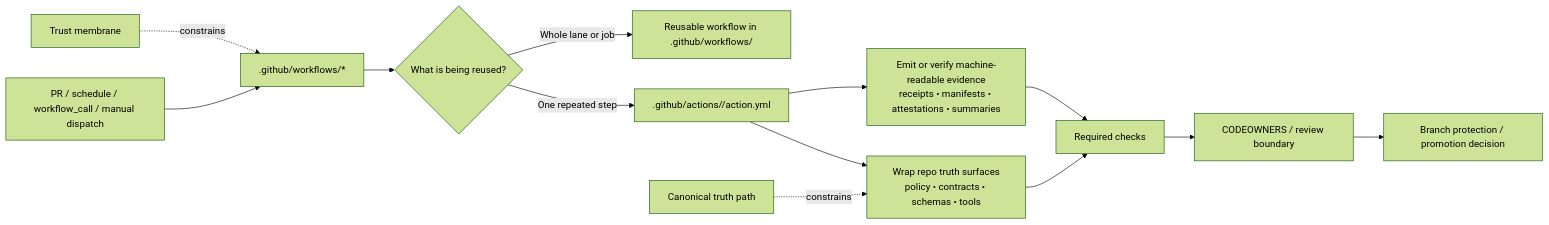
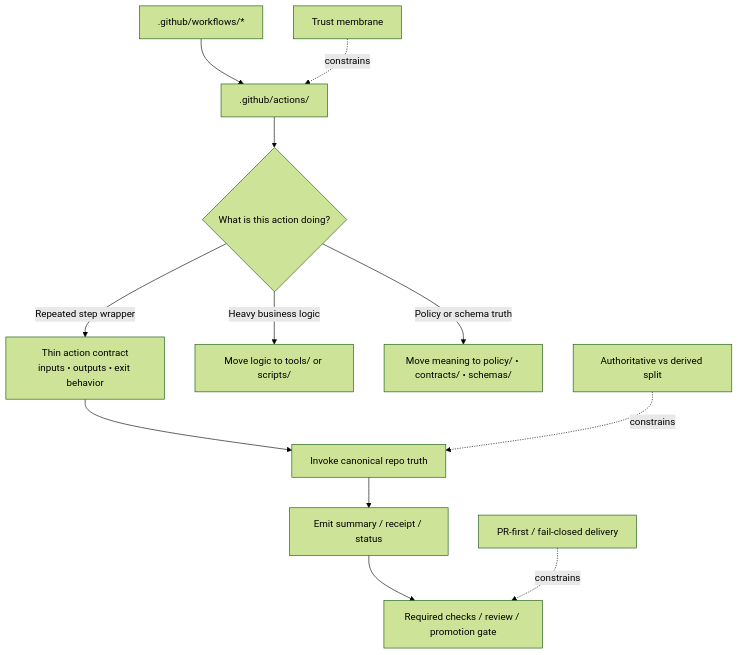
Before and after one commit to bartytime4life/Kansas-Frontier-Matrix: the diagram in .github/actions/README.md, drawn with Mermaid (forest theme). The commit also changed other lines of this file, not shown here.

First line of the commit message:
Revise README.md for GitHub Actions updates

````diff
--- a/.github/actions/README.md
+++ b/.github/actions/README.md
@@ -374,19 +361,18 @@
 ```mermaid
-flowchart LR
-    A[PR / schedule / workflow_call / manual dispatch] --> B[.github/workflows/*]
-    B --> C{What is being reused?}
+flowchart TD
+    W[.github/workflows/*] --> A[.github/actions/<action>]
 
-    C -->|One repeated step| D[.github/actions/<action>/action.yml]
-    C -->|Whole lane or job| E[Reusable workflow in .github/workflows/]
+    A --> B{What is this action doing?}
 
-    D --> F[Wrap repo truth surfaces<br/>policy • contracts • schemas • tools]
-    D --> G[Emit or verify machine-readable evidence<br/>receipts • manifests • attestations • summaries]
+    B -->|Repeated step wrapper| C[Thin action contract<br/>inputs • outputs • exit behavior]
+    B -->|Heavy business logic| D[Move logic to tools/ or scripts/]
+    B -->|Policy or schema truth| E[Move meaning to policy/ • contracts/ • schemas/]
 
-    F --> H[Required checks]
-    G --> H
-    H --> I[CODEOWNERS / review boundary]
-    I --> J[Branch protection / promotion decision]
+    C --> F[Invoke canonical repo truth]
+    F --> G[Emit summary / receipt / status]
+    G --> H[Required checks / review / promotion gate]
 
-    K[Canonical truth path] -. constrains .-> F
-    L[Trust membrane] -. constrains .-> B
+    I[Trust membrane] -. constrains .-> A
+    J[Authoritative vs derived split] -. constrains .-> F
+    K[PR-first / fail-closed delivery] -. constrains .-> H
 ```
````
